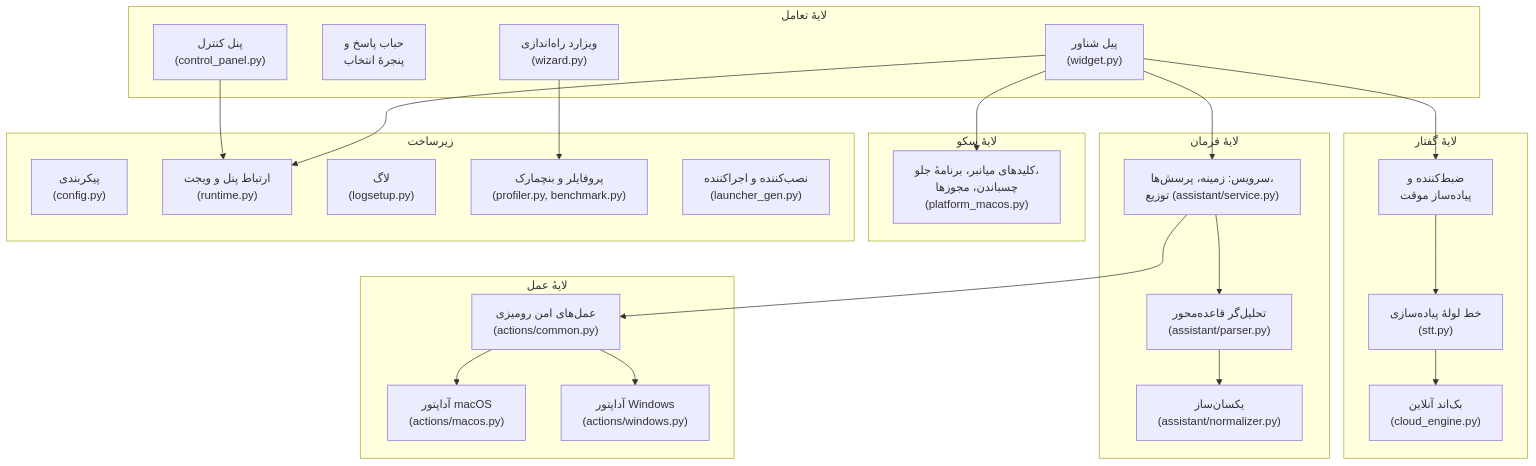
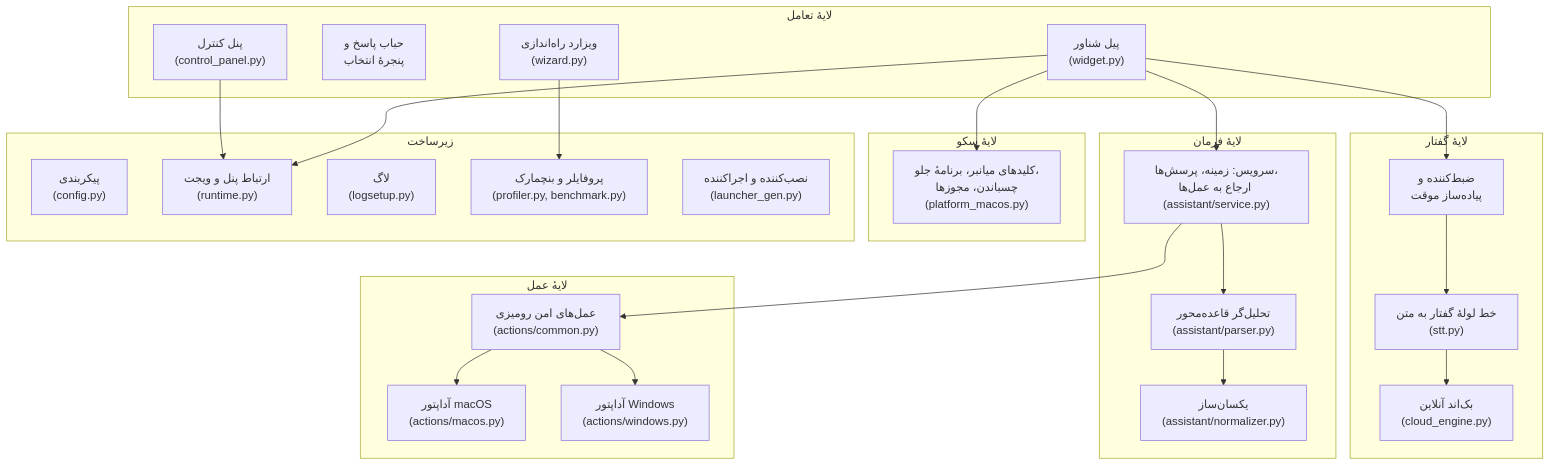
The first of 7 diagrams in docs/REPORT-FA.md (faceesmart/guya), drawn with Mermaid before and after one commit. The commit also changed other lines of this file and 1 other file, not shown here.

````diff
--- a/docs/REPORT-FA.md
+++ b/docs/REPORT-FA.md
@@ -347,45 +364,45 @@
 ```mermaid
 flowchart TB
     subgraph L1["لایهٔ تعامل"]
         PILL["پیل شناور<br/>(widget.py)"]
         BUB["حباب پاسخ و<br/>پنجرهٔ انتخاب"]
         PANEL["پنل کنترل<br/>(control_panel.py)"]
         WIZ["ویزارد راه‌اندازی<br/>(wizard.py)"]
     end
     subgraph L2["لایهٔ گفتار"]
         REC["ضبط‌کننده و<br/>پیاده‌ساز موقت"]
-        STT["خط لولهٔ پیاده‌سازی<br/>(stt.py)"]
+        STT["خط لولهٔ گفتار به متن<br/>(stt.py)"]
         CLOUD["بک‌اند آنلاین<br/>(cloud_engine.py)"]
     end
     subgraph L3["لایهٔ فرمان"]
         NORM["یکسان‌ساز<br/>(assistant/normalizer.py)"]
         PARSE["تحلیل‌گر قاعده‌محور<br/>(assistant/parser.py)"]
-        SVC["سرویس: زمینه، پرسش‌ها،<br/>توزیع (assistant/service.py)"]
+        SVC["سرویس: زمینه، پرسش‌ها،<br/>ارجاع به عمل‌ها (assistant/service.py)"]
     end
     subgraph L4["لایهٔ عمل"]
         SAFE["عمل‌های امن رومیزی<br/>(actions/common.py)"]
         MAC["آداپتور macOS<br/>(actions/macos.py)"]
         WIN["آداپتور Windows<br/>(actions/windows.py)"]
     end
     subgraph L5["لایهٔ سکو"]
         HOT["کلیدهای میانبر، برنامهٔ جلو،<br/>چسباندن، مجوزها<br/>(platform_macos.py)"]
     end
     subgraph L6["زیرساخت"]
         CFG["پیکربندی<br/>(config.py)"]
         RT["ارتباط پنل و ویجت<br/>(runtime.py)"]
         LOG["لاگ<br/>(logsetup.py)"]
         BENCH["پروفایلر و بنچمارک<br/>(profiler.py, benchmark.py)"]
         LAUNCH["نصب‌کننده و اجراکننده<br/>(launcher_gen.py)"]
     end
     PILL --> REC --> STT
     STT --> CLOUD
     PILL --> SVC
     SVC --> PARSE --> NORM
     SVC --> SAFE
     SAFE --> MAC
     SAFE --> WIN
     PILL --> HOT
     WIZ --> BENCH
     PANEL --> RT
     PILL --> RT
 ```
````
